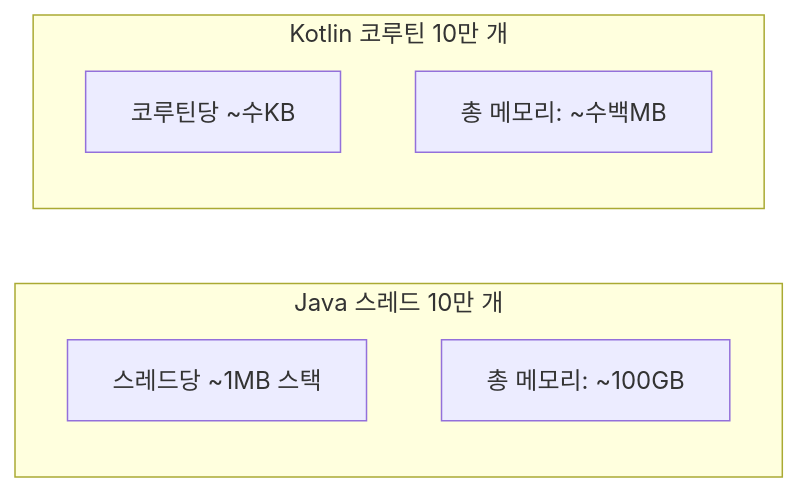
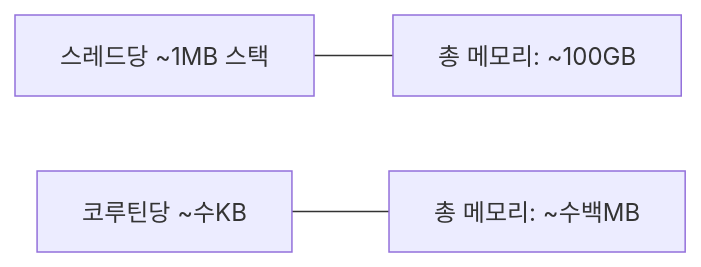
Before and after one commit to yjkim2015/yjkim2015.github.io: the fourth of 4 diagrams in _posts/kotlin/2026-05-03-kotlin-spring-boot.md, drawn with Mermaid. The commit also changed 155 other files, not shown here.

First line of the commit message:
Mermaid 전면 수정: subgraph 제거, participant/노드/줄수 축소 (342블록)

````diff
--- a/_posts/kotlin/2026-05-03-kotlin-spring-boot.md
+++ b/_posts/kotlin/2026-05-03-kotlin-spring-boot.md
@@ -516,11 +516,5 @@
 ```mermaid
 flowchart LR
-  subgraph 스레드["Java 스레드 10만 개"]
-    T1["스레드당 ~1MB 스택"]
-    T2["총 메모리: ~100GB"]
-  end
-  subgraph 코루틴["Kotlin 코루틴 10만 개"]
-    C1["코루틴당 ~수KB"]
-    C2["총 메모리: ~수백MB"]
-  end
+  T1["스레드당 ~1MB 스택"] --- T2["총 메모리: ~100GB"]
+  C1["코루틴당 ~수KB"] --- C2["총 메모리: ~수백MB"]
 ```
````
